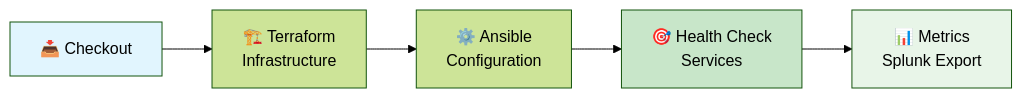
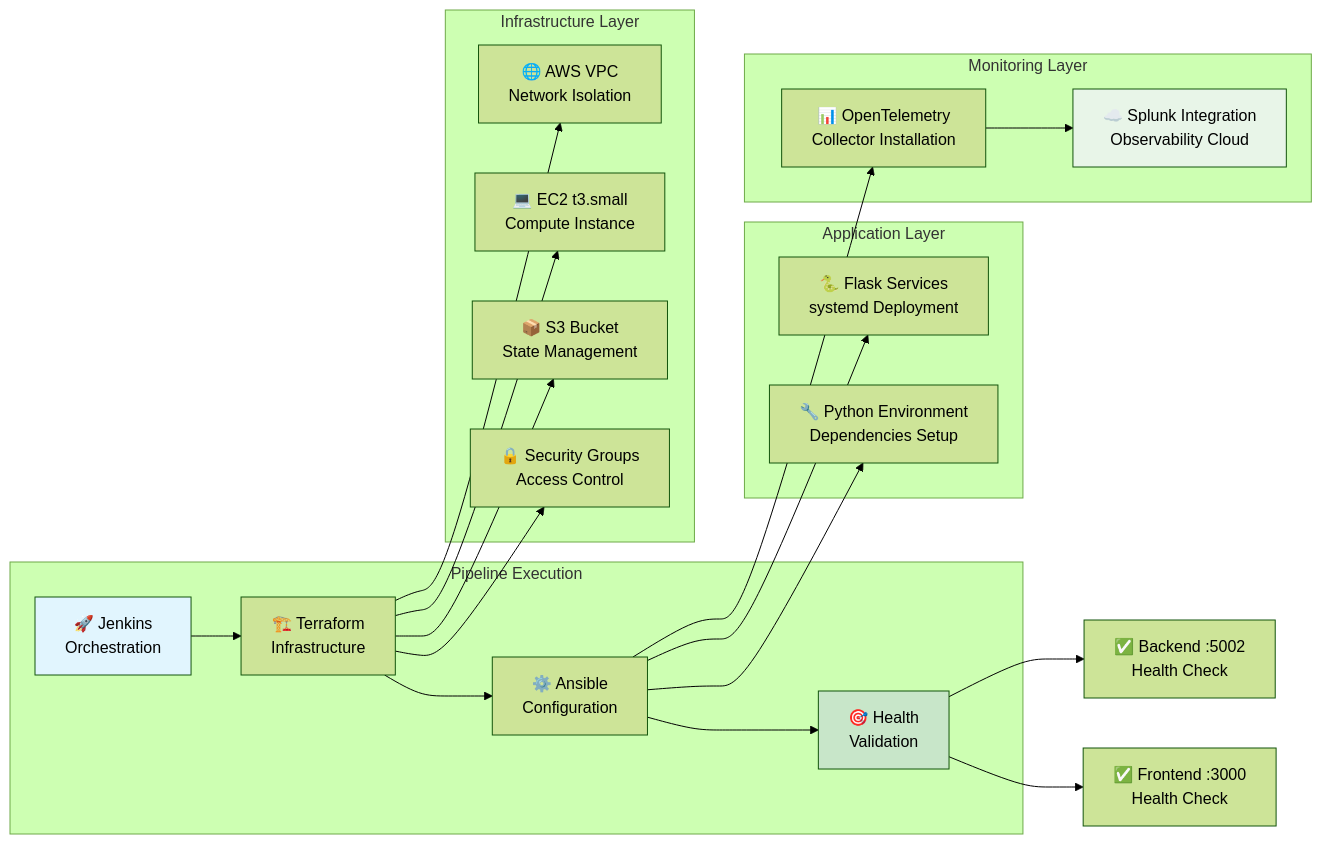
The second of 4 diagrams in docs/jenkins/DOCUMENTATION_FOR_EXPO.md (andreaendigital/CarPricePredictor-Demo), drawn with Mermaid (forest theme) before and after one commit. The commit also changed other lines of this file, not shown here.

Commit message:
docs: Add Architecture Components tab to Business Value and finalize EXPO documentation
- Add Architecture Components as 5th tab in Business Value section with essential components
- Restore detailed Deployment Flow diagram with comprehensive subgraphs and layers
- Remove redundant Real-time Monitoring Flow section for cleaner presentation
- Complete Business Value section now has 5 tabs: ML Intelligence, Enterprise Operations, DevOps Excellence, Production Ready, Architecture Components
- Maintain consistent tabbed structure throughout documentation for professional presentation readiness

````diff
--- a/docs/jenkins/DOCUMENTATION_FOR_EXPO.md
+++ b/docs/jenkins/DOCUMENTATION_FOR_EXPO.md
@@ -105,11 +115,48 @@
 ```mermaid
 flowchart LR
-    A[📥 Checkout] --> B[🏗️ Terraform<br/>Infrastructure]
-    B --> C[⚙️ Ansible<br/>Configuration]
-    C --> D[🎯 Health Check<br/>Services]
-    D --> E[📊 Metrics<br/>Splunk Export]
+    subgraph "Pipeline Execution"
+        A[🚀 Jenkins<br/>Orchestration]
+        B[🏗️ Terraform<br/>Infrastructure]
+        C[⚙️ Ansible<br/>Configuration]
+        D[🎯 Health<br/>Validation]
+    end
+
+    subgraph "Infrastructure Layer"
+        E[🌐 AWS VPC<br/>Network Isolation]
+        F[💻 EC2 t3.small<br/>Compute Instance]
+        G[📦 S3 Bucket<br/>State Management]
+        H[🔒 Security Groups<br/>Access Control]
+    end
+
+    subgraph "Application Layer"
+        I[🐍 Flask Services<br/>systemd Deployment]
+        J[🔧 Python Environment<br/>Dependencies Setup]
+    end
+
+    subgraph "Monitoring Layer"
+        K[📊 OpenTelemetry<br/>Collector Installation]
+        L[☁️ Splunk Integration<br/>Observability Cloud]
+    end
+
+    A --> B
+    B --> C
+    C --> D
+
+    B --> E
+    B --> F
+    B --> G
+    B --> H
+
+    C --> I
+    C --> J
+    C --> K
+
+    K --> L
+
+    D --> M[✅ Backend :5002<br/>Health Check]
+    D --> N[✅ Frontend :3000<br/>Health Check]
 
     style A fill:#e1f5fe
     style D fill:#c8e6c9
-    style E fill:#e8f5e8
+    style L fill:#e8f5e8
 ```
````
